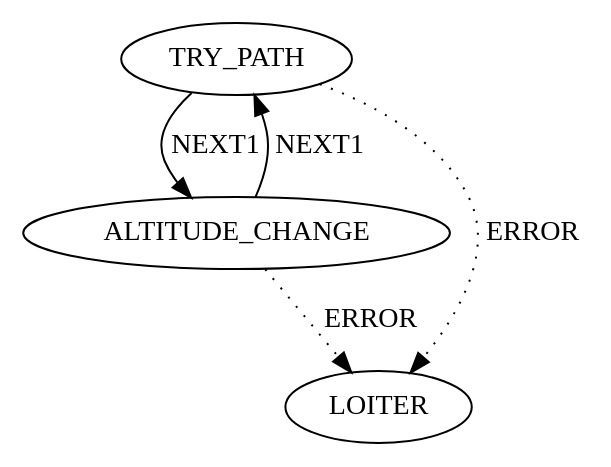
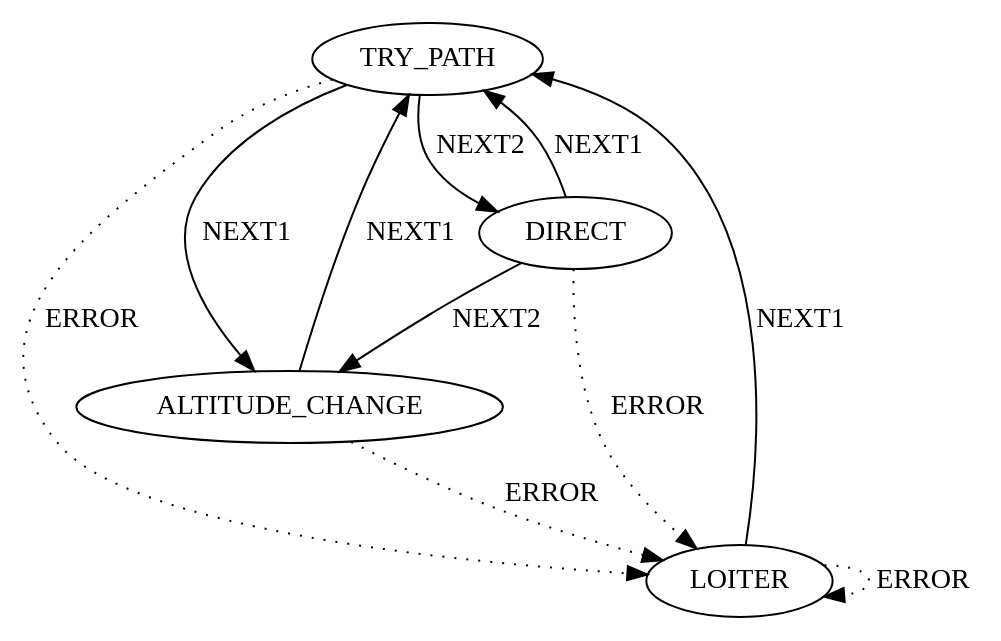
The diagram in local_planner/src/nodes/waypoint_generator.cpp.dot (PX4/PX4-Avoidance), drawn with Graphviz before and after one commit. The commit also changed 2 other files, not shown here.

Commit message:
add direct state to local planner fsm

```diff
--- a/local_planner/src/nodes/waypoint_generator.cpp.dot
+++ b/local_planner/src/nodes/waypoint_generator.cpp.dot
@@ -1,6 +1,12 @@
 digraph {
     "TRY_PATH" -> "ALTITUDE_CHANGE" [label="NEXT1", style="solid", weight=1]
+    "TRY_PATH" -> "DIRECT" [label="NEXT2", style="solid", weight=1]
     "TRY_PATH" -> "LOITER" [label="ERROR", style="dotted", weight=0.1]
+    "LOITER" -> "TRY_PATH" [label="NEXT1", style="solid", weight=1]
+    "LOITER" -> "LOITER" [label="ERROR", style="dotted", weight=0.1]
+    "DIRECT" -> "TRY_PATH" [label="NEXT1", style="solid", weight=1]
+    "DIRECT" -> "ALTITUDE_CHANGE" [label="NEXT2", style="solid", weight=1]
+    "DIRECT" -> "LOITER" [label="ERROR", style="dotted", weight=0.1]
     "ALTITUDE_CHANGE" -> "TRY_PATH" [label="NEXT1", style="solid", weight=1]
     "ALTITUDE_CHANGE" -> "LOITER" [label="ERROR", style="dotted", weight=0.1]
 }
```
